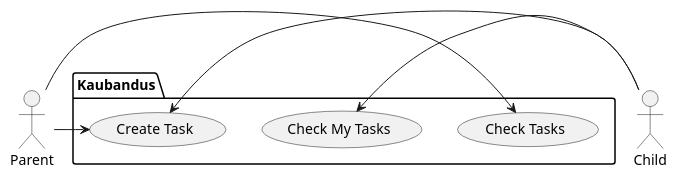
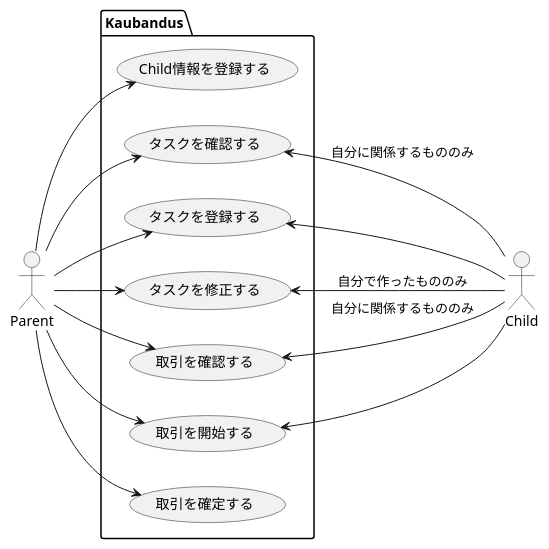
The diagram in design/usecase/usecase.puml (sky0621/familiagildo), drawn with PlantUML before and after one commit.

```diff
--- a/design/usecase/usecase.puml
+++ b/design/usecase/usecase.puml
@@ -1,19 +1,36 @@
 @startuml
 
-'left to right direction
+left to right direction
 
 actor Parent as p
 actor Child as c
 
 package Kaubandus {
-    usecase "Check Tasks" as cht
-    usecase "Check My Tasks" as chmt
-    usecase "Create Task" as ct
+    usecase "Child情報を登録する" as crc
+    usecase "タスクを確認する" as cht
+    usecase "タスクを登録する" as crt
+    usecase "タスクを修正する" as upt
+    usecase "取引を確認する" as chtr
+    usecase "取引を開始する" as sttr
+    usecase "取引を確定する" as dctr
 }
 
-p -> cht
-c -> chmt
-p -> ct
-c -> ct
+p --> cht
+p --> crt
+p --> upt
+
+p --> chtr
+p --> sttr
+p --> dctr
+
+p --> crc
+
+
+cht <-- c : "自分に関係するもののみ"
+crt <-- c
+upt <-- c : "自分で作ったもののみ"
+
+chtr <-- c : "自分に関係するもののみ"
+sttr <-- c
 
 @enduml
```
